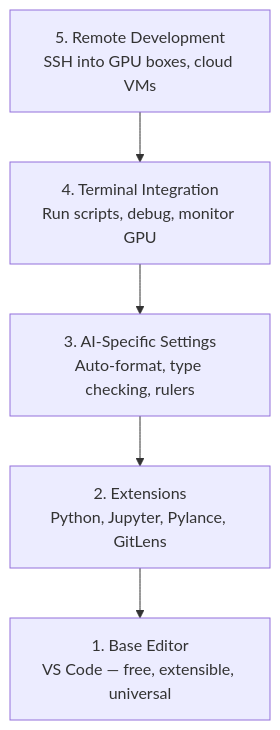
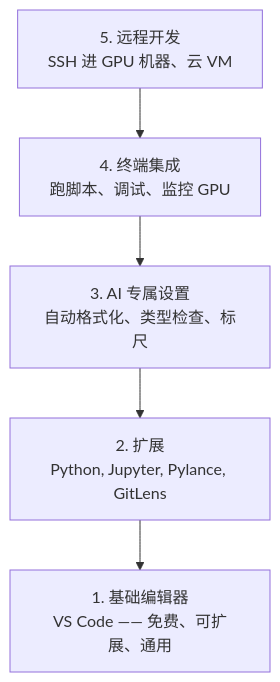
Before and after one commit to alessandrodinisio-ai/ai-engineering-learning-framework: the diagram in phases/00-setup-and-tooling/08-editor-setup/docs/zh.md, drawn with Mermaid. The commit also changed 120 other files, not shown here.

First line of the commit message:
i18n(mermaid): 337 个 mermaid 图表标签中文化

````diff
--- a/phases/00-setup-and-tooling/08-editor-setup/docs/zh.md
+++ b/phases/00-setup-and-tooling/08-editor-setup/docs/zh.md
@@ -27,8 +27,8 @@
 ```mermaid
 graph TD
-    L5["5. Remote Development<br/>SSH into GPU boxes, cloud VMs"] --> L4
-    L4["4. Terminal Integration<br/>Run scripts, debug, monitor GPU"] --> L3
-    L3["3. AI-Specific Settings<br/>Auto-format, type checking, rulers"] --> L2
-    L2["2. Extensions<br/>Python, Jupyter, Pylance, GitLens"] --> L1
-    L1["1. Base Editor<br/>VS Code — free, extensible, universal"]
+    L5["5. 远程开发<br/>SSH 进 GPU 机器、云 VM"] --> L4
+    L4["4. 终端集成<br/>跑脚本、调试、监控 GPU"] --> L3
+    L3["3. AI 专属设置<br/>自动格式化、类型检查、标尺"] --> L2
+    L2["2. 扩展<br/>Python, Jupyter, Pylance, GitLens"] --> L1
+    L1["1. 基础编辑器<br/>VS Code —— 免费、可扩展、通用"]
 ```
````
